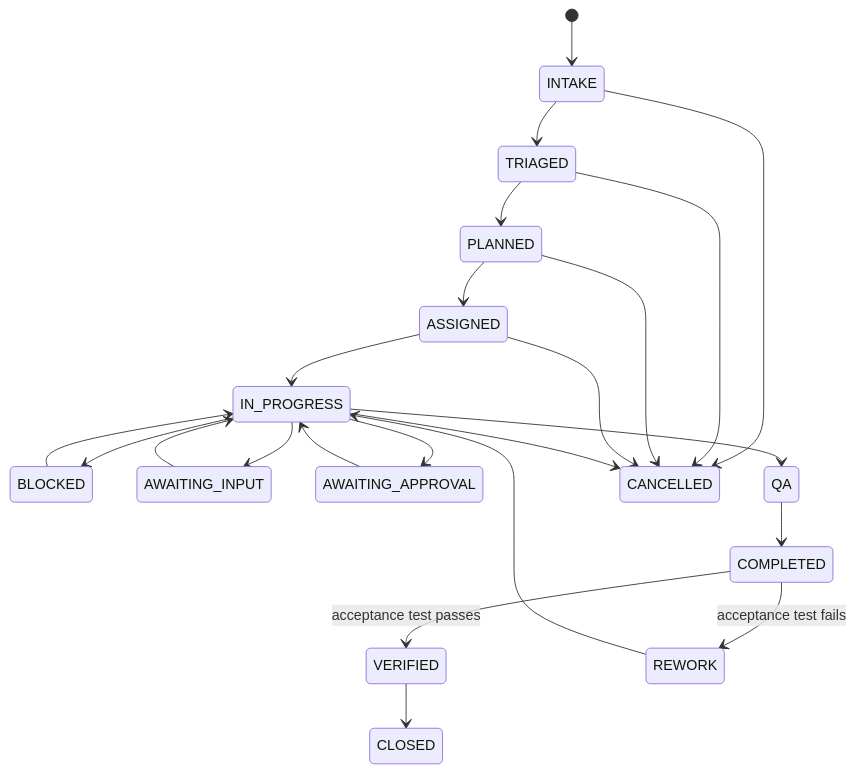
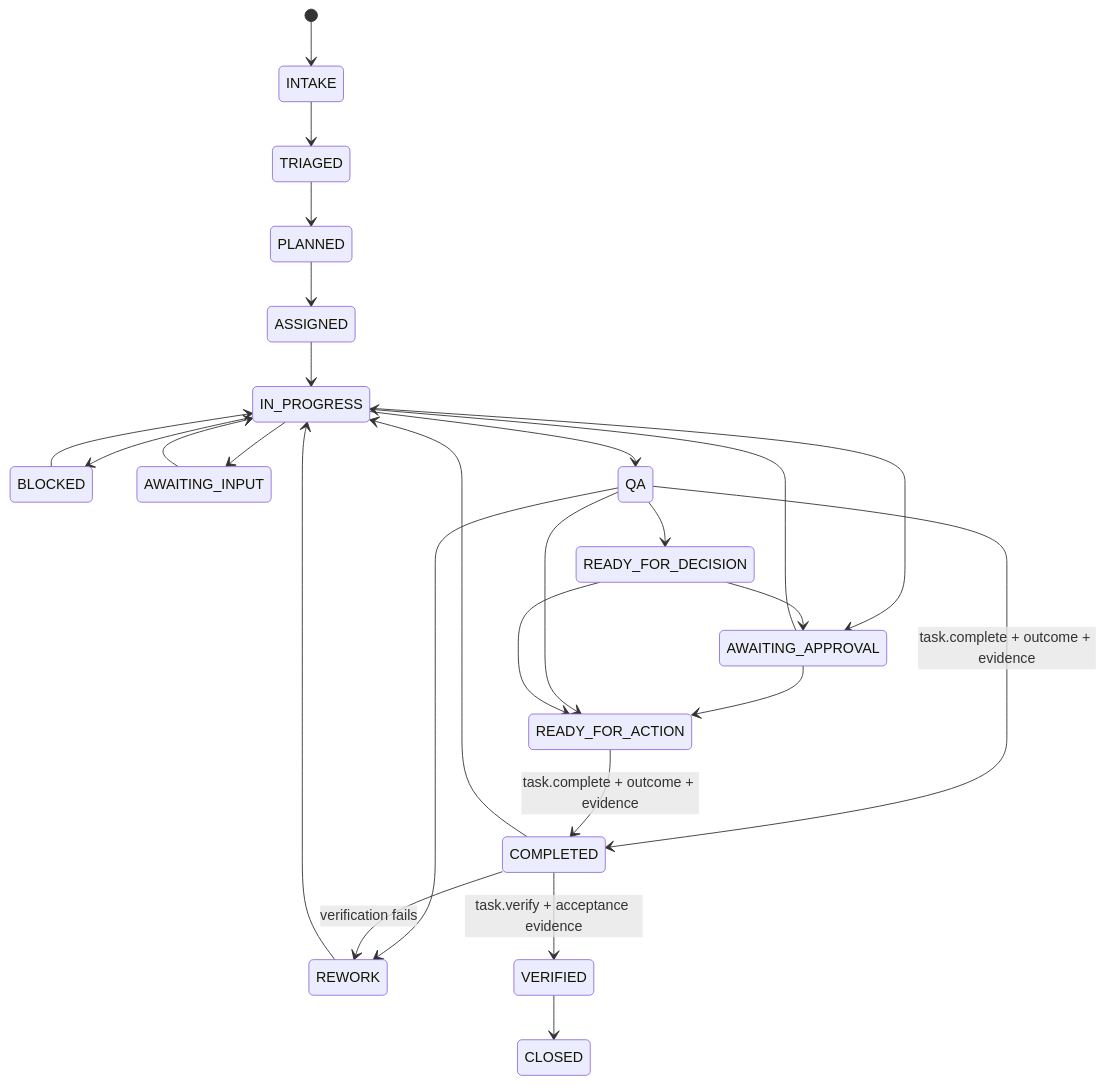
One commit to mkleinbe/mesh-ai-agent-cos-universe changed the diagram in docs/task-lifecycle.md. Above: the diagram before and after it, drawn with Mermaid. The commit also changed other lines of this file, not shown here.

Commit message:
docs: make completion and verification lifecycle canonical

````diff
--- a/docs/task-lifecycle.md
+++ b/docs/task-lifecycle.md
@@ -7,29 +7,28 @@
 ```mermaid
 stateDiagram-v2
     [*] --> INTAKE
     INTAKE --> TRIAGED
     TRIAGED --> PLANNED
     PLANNED --> ASSIGNED
     ASSIGNED --> IN_PROGRESS
-
     IN_PROGRESS --> BLOCKED
     IN_PROGRESS --> AWAITING_INPUT
     IN_PROGRESS --> AWAITING_APPROVAL
     IN_PROGRESS --> QA
-
     BLOCKED --> IN_PROGRESS
     AWAITING_INPUT --> IN_PROGRESS
+    AWAITING_APPROVAL --> READY_FOR_ACTION
     AWAITING_APPROVAL --> IN_PROGRESS
-
-    QA --> COMPLETED
-    COMPLETED --> VERIFIED: acceptance test passes
-    COMPLETED --> REWORK: acceptance test fails
+    QA --> REWORK
+    QA --> READY_FOR_DECISION
+    QA --> READY_FOR_ACTION
+    QA --> COMPLETED: task.complete + outcome + evidence
+    READY_FOR_DECISION --> AWAITING_APPROVAL
+    READY_FOR_DECISION --> READY_FOR_ACTION
+    READY_FOR_ACTION --> COMPLETED: task.complete + outcome + evidence
+    COMPLETED --> VERIFIED: task.verify + acceptance evidence
+    COMPLETED --> REWORK: verification fails
+    COMPLETED --> IN_PROGRESS
     REWORK --> IN_PROGRESS
     VERIFIED --> CLOSED
-
-    INTAKE --> CANCELLED
-    TRIAGED --> CANCELLED
-    PLANNED --> CANCELLED
-    ASSIGNED --> CANCELLED
-    IN_PROGRESS --> CANCELLED
 ```
````
